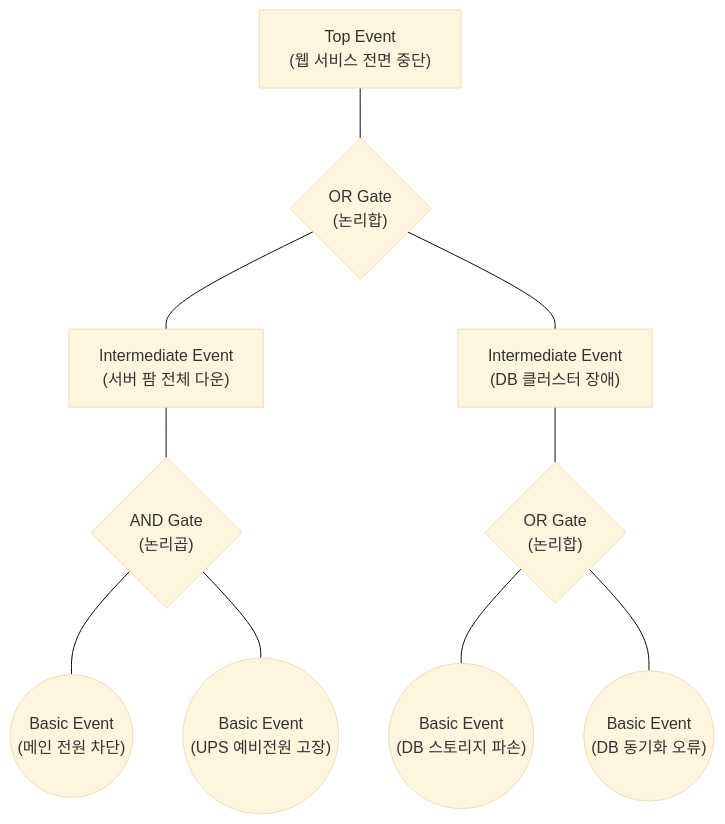
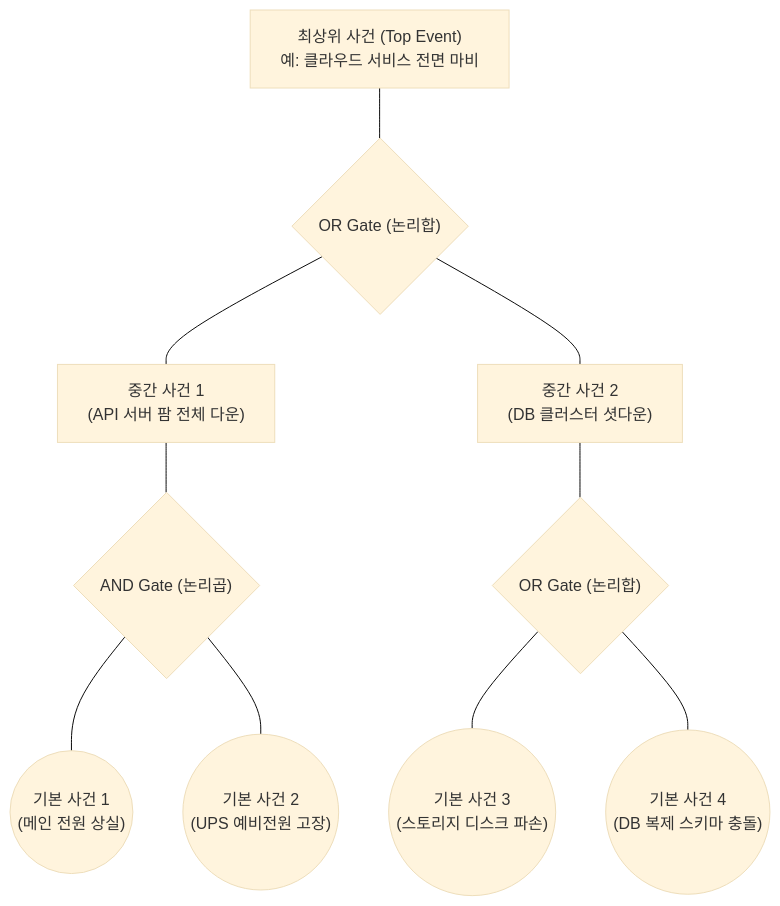
Before and after one commit to supremethumb/supremethumb.github.io: the diagram in content/01_IT Tech/FTA (Fault Tree Analysis).md, drawn with Mermaid (base theme). The commit also changed other lines of this file and 362 other files, not shown here.

````diff
--- a/content/01_IT Tech/FTA (Fault Tree Analysis).md
+++ b/content/01_IT Tech/FTA (Fault Tree Analysis).md
@@ -27,31 +31,30 @@
 ```mermaid
 flowchart TD
-    Top["Top Event<br/>(웹 서비스 전면 중단)"]
+    Top["최상위 사건 (Top Event)<br/>예: 클라우드 서비스 전면 마비"]
     
-    Gate1{"OR Gate<br/>(논리합)"}
+    Gate1{"OR Gate (논리합)"}
     
-    Mid1["Intermediate Event<br/>(서버 팜 전체 다운)"]
-    Mid2["Intermediate Event<br/>(DB 클러스터 장애)"]
+    Mid1["중간 사건 1<br/>(API 서버 팜 전체 다운)"]
+    Mid2["중간 사건 2<br/>(DB 클러스터 셧다운)"]
     
-    Gate2{"AND Gate<br/>(논리곱)"}
-    Gate3{"OR Gate<br/>(논리합)"}
+    Gate2{"AND Gate (논리곱)"}
+    Gate3{"OR Gate (논리합)"}
     
-    Basic1(("Basic Event<br/>(메인 전원 차단)"))
-    Basic2(("Basic Event<br/>(UPS 예비전원 고장)"))
+    Basic1(("기본 사건 1<br/>(메인 전원 상실)"))
+    Basic2(("기본 사건 2<br/>(UPS 예비전원 고장)"))
     
-    Basic3(("Basic Event<br/>(DB 스토리지 파손)"))
-    Basic4(("Basic Event<br/>(DB 동기화 오류)"))
+    Basic3(("기본 사건 3<br/>(스토리지 디스크 파손)"))
+    Basic4(("기본 사건 4<br/>(DB 복제 스키마 충돌)"))
 
     Top --- Gate1
     Gate1 --- Mid1
     Gate1 --- Mid2
     
     Mid1 --- Gate2
     Gate2 --- Basic1
     Gate2 --- Basic2
     
     Mid2 --- Gate3
     Gate3 --- Basic3
     Gate3 --- Basic4
-
 ```
````
